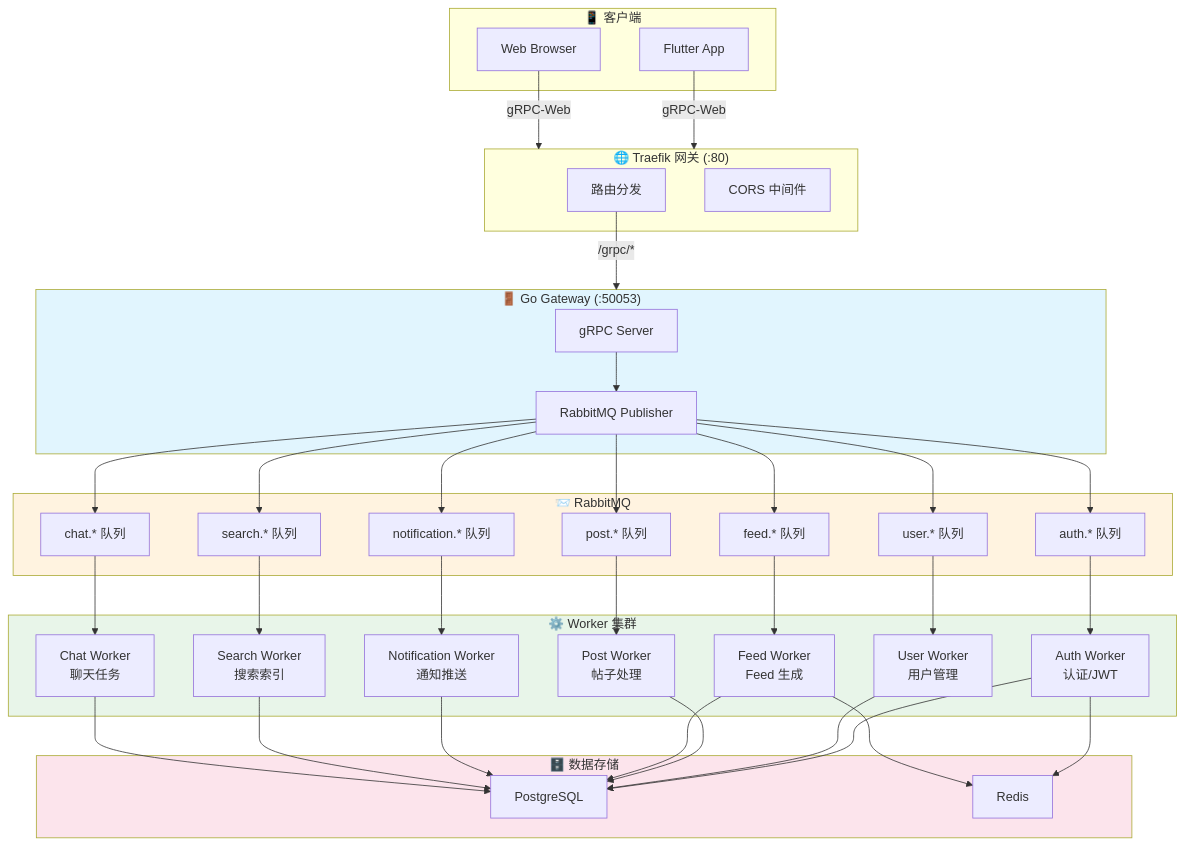
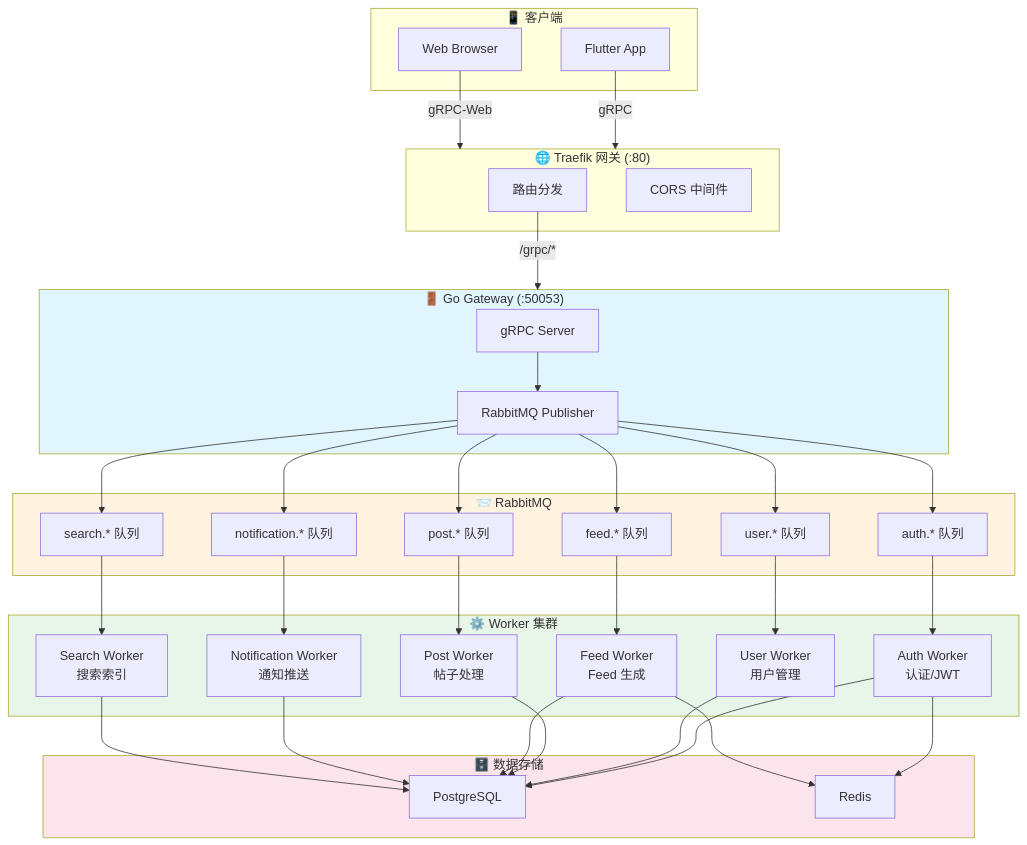
One commit to funcdfs/lesser changed the second of 4 diagrams in docs/架构梳理.md. Above: the diagram before and after it, drawn with Mermaid. The commit also changed other lines of this file and 37 other files, not shown here.

```diff
--- a/docs/架构梳理.md
+++ b/docs/架构梳理.md
@@ -214,7 +229,6 @@
         FeedQueue["feed.* 队列"]
         NotifQueue["notification.* 队列"]
         SearchQueue["search.* 队列"]
-        ChatQueue["chat.* 队列"]
     end
 
     subgraph Workers["⚙️ Worker 集群"]
@@ -224,7 +238,6 @@
         FeedWorker["Feed Worker<br/>Feed 生成"]
         NotifWorker["Notification Worker<br/>通知推送"]
         SearchWorker["Search Worker<br/>搜索索引"]
-        ChatWorker["Chat Worker<br/>聊天任务"]
     end
 
     subgraph DataStores["🗄️ 数据存储"]
@@ -233,7 +246,7 @@
     end
 
     %% 客户端到网关
-    Flutter -->|gRPC-Web| Traefik
+    Flutter -->|gRPC| Traefik
     Web -->|gRPC-Web| Traefik
 
     %% Traefik 路由
@@ -247,7 +260,6 @@
     Publisher --> FeedQueue
     Publisher --> NotifQueue
     Publisher --> SearchQueue
-    Publisher --> ChatQueue
 
     %% Worker 消费消息
     AuthQueue --> AuthWorker
@@ -256,7 +268,6 @@
     FeedQueue --> FeedWorker
     NotifQueue --> NotifWorker
     SearchQueue --> SearchWorker
-    ChatQueue --> ChatWorker
 
     %% Worker 访问数据
     AuthWorker --> PG
@@ -267,7 +278,6 @@
     FeedWorker --> RD
     NotifWorker --> PG
     SearchWorker --> PG
-    ChatWorker --> PG
 
     style Gateway fill:#e1f5fe
     style MQ fill:#fff3e0
```
